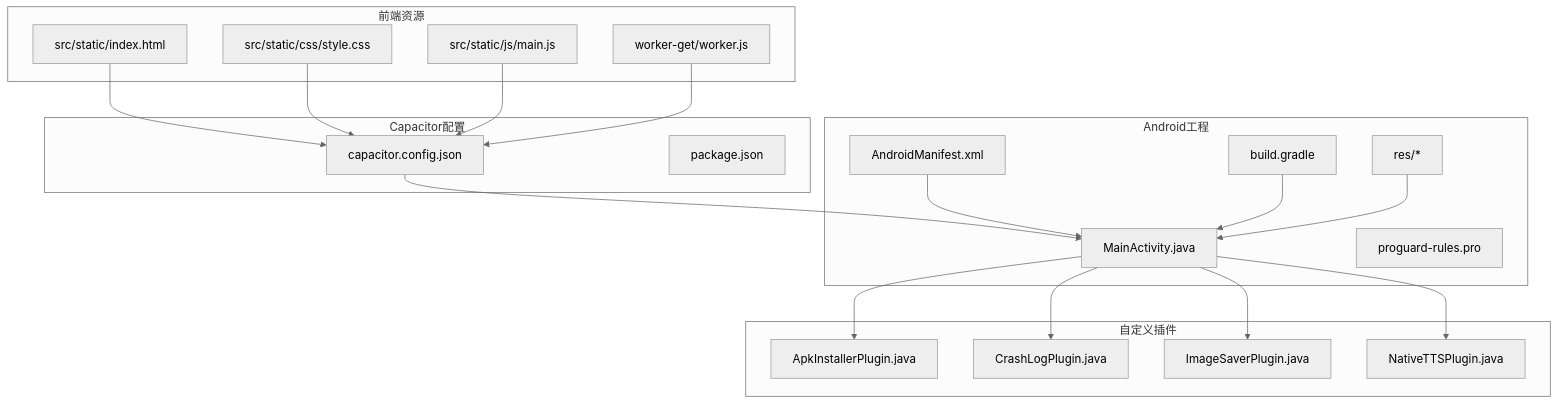
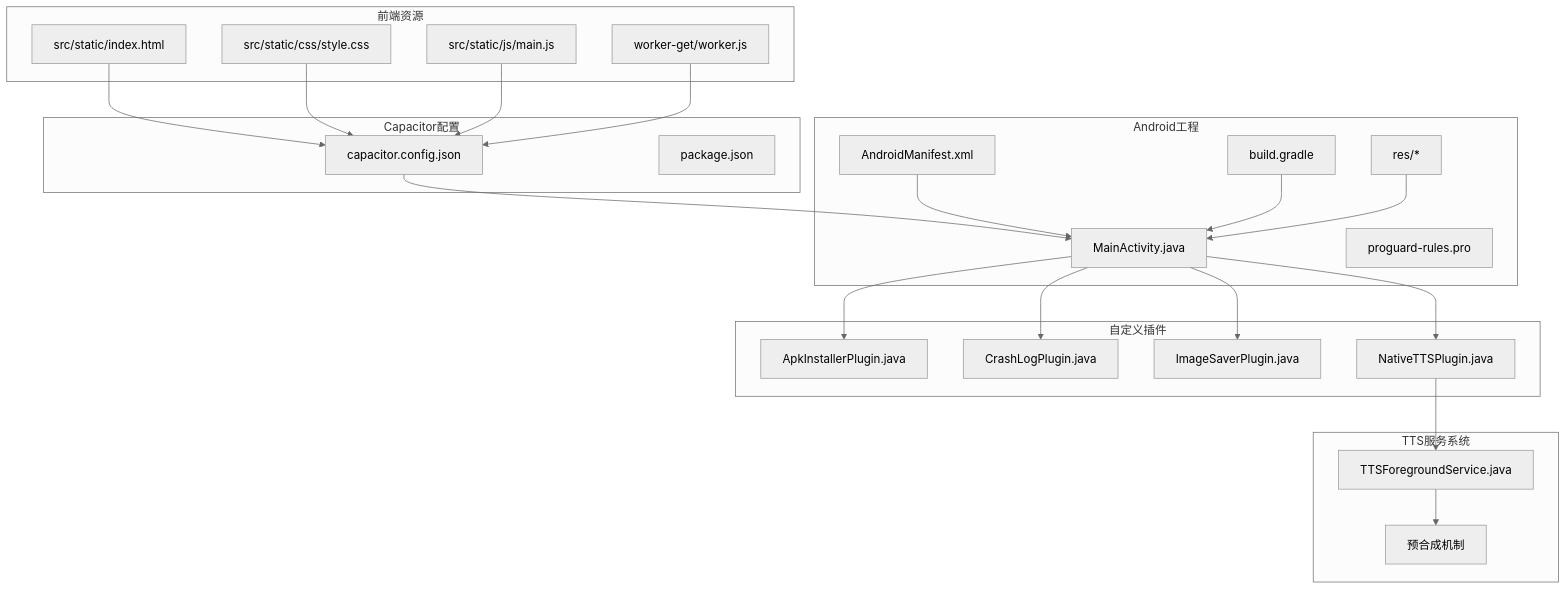
One commit to zhao-zg/cx changed the first of 10 diagrams in .qoder/repowiki/zh/content/移动应用开发/移动应用开发.md. Above: the diagram before and after it, drawn with Mermaid (neutral theme). The commit also changed other lines of this file and 48 other files, not shown here.

````diff
--- a/.qoder/repowiki/zh/content/移动应用开发/移动应用开发.md
+++ b/.qoder/repowiki/zh/content/移动应用开发/移动应用开发.md
@@ -54,38 +65,44 @@
 ```mermaid
 graph TB
 subgraph "前端资源"
 HTML["src/static/index.html"]
 CSS["src/static/css/style.css"]
 JS["src/static/js/main.js"]
 WORKER["worker-get/worker.js"]
 end
 subgraph "Capacitor配置"
 CAP_CONF["capacitor.config.json"]
 PKG["package.json"]
 end
 subgraph "Android工程"
 MANIFEST["AndroidManifest.xml"]
 MAINACT["MainActivity.java"]
 BUILD_GRADLE["build.gradle"]
 PROGUARD["proguard-rules.pro"]
 RES["res/*"]
 end
 subgraph "自定义插件"
 APK["ApkInstallerPlugin.java"]
 CRASH["CrashLogPlugin.java"]
 IMG["ImageSaverPlugin.java"]
 TTS["NativeTTSPlugin.java"]
 end
+subgraph "TTS服务系统"
+TTS_SERVICE["TTSForegroundService.java"]
+PRE_SYNTH["预合成机制"]
+end
 HTML --> CAP_CONF
 CSS --> CAP_CONF
 JS --> CAP_CONF
 WORKER --> CAP_CONF
 CAP_CONF --> MAINACT
 MAINACT --> APK
 MAINACT --> CRASH
 MAINACT --> IMG
 MAINACT --> TTS
 MANIFEST --> MAINACT
 BUILD_GRADLE --> MAINACT
 RES --> MAINACT
+TTS --> TTS_SERVICE
+TTS_SERVICE --> PRE_SYNTH
 ```
````
